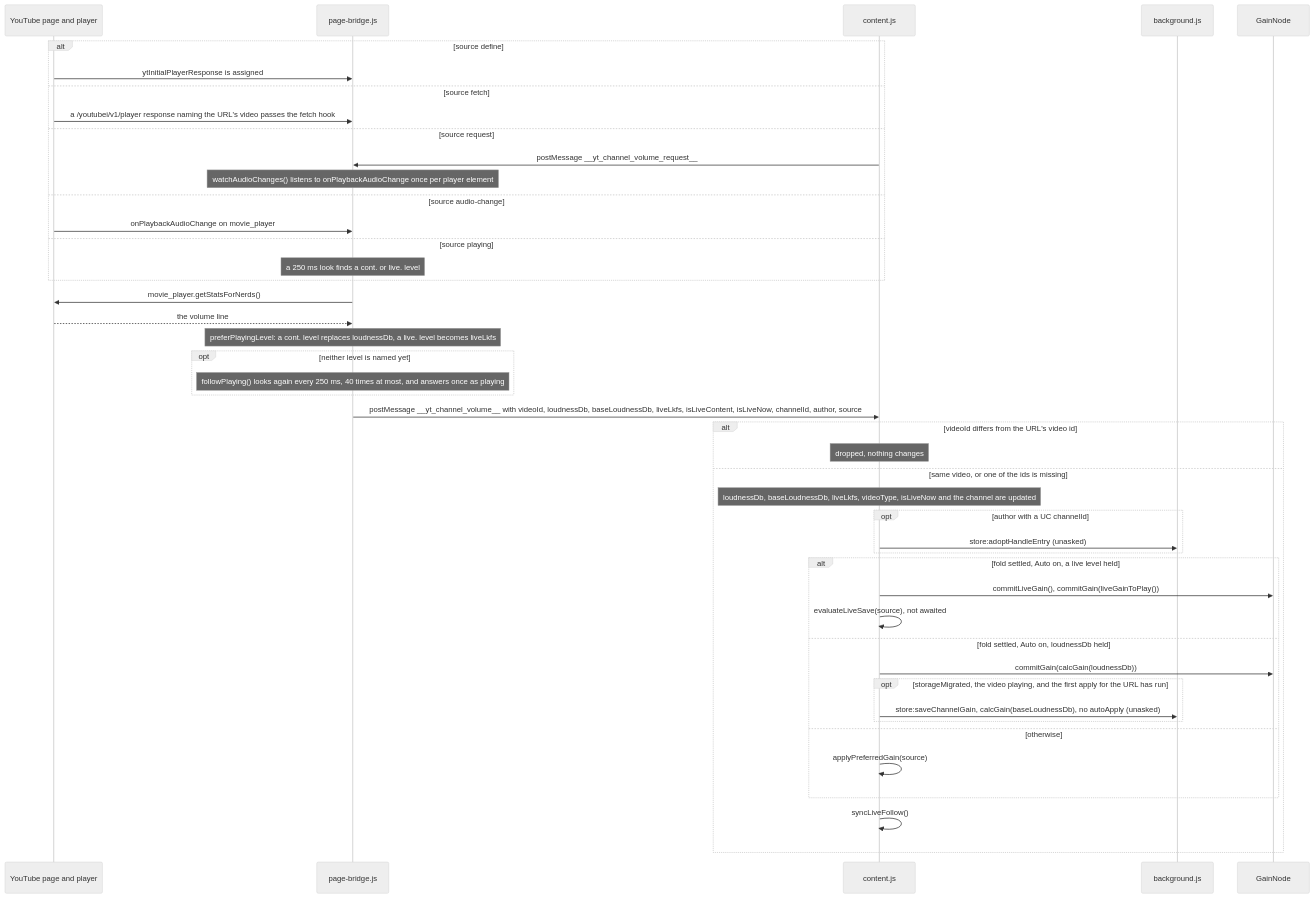
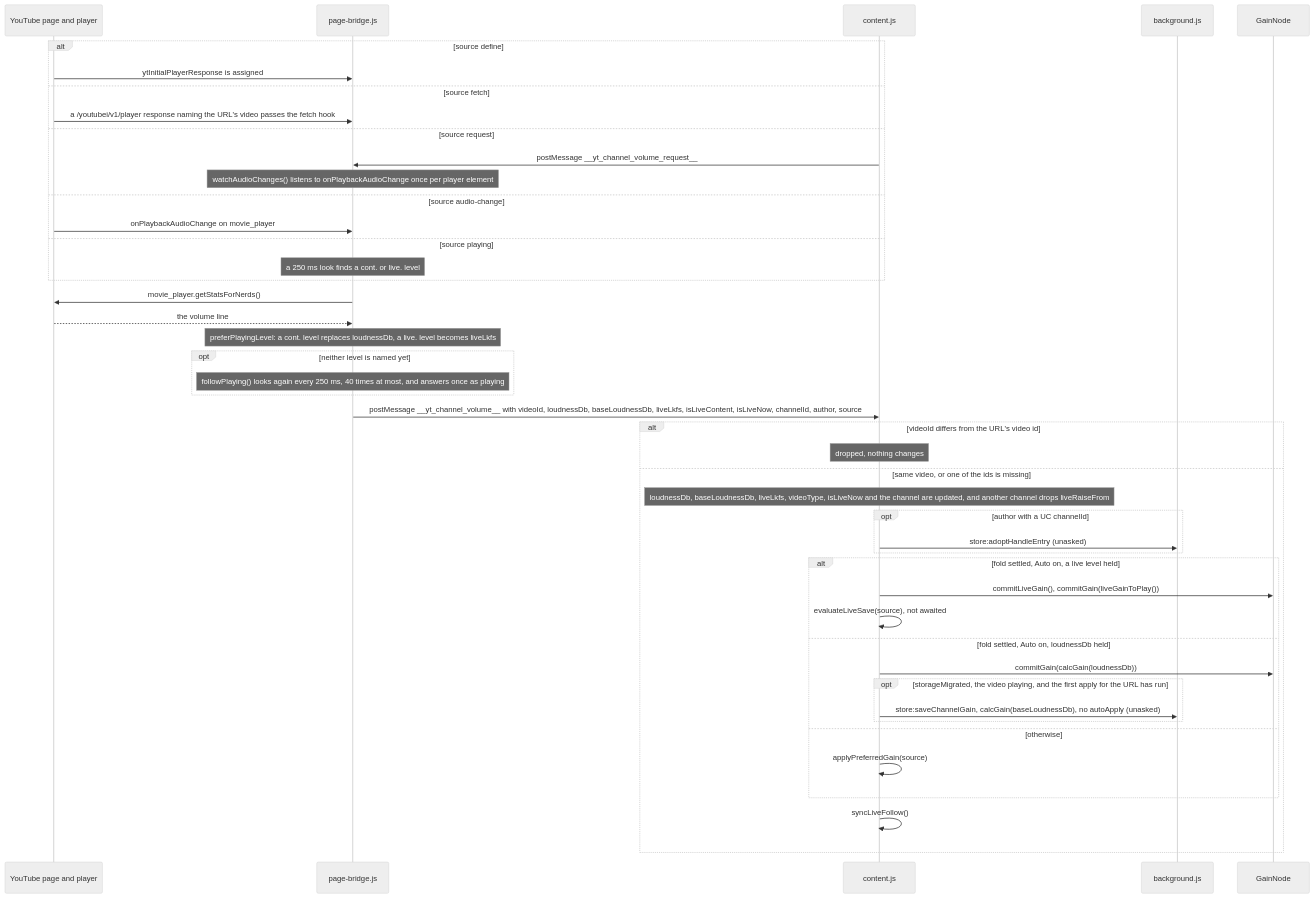
The eighth of 14 diagrams in docs/gain-change-and-save.md (semnil/yt-channel-volume), drawn with Mermaid (neutral theme) before and after one commit. The commit also changed other lines of this file and 5 other files, not shown here.

````diff
--- a/docs/gain-change-and-save.md
+++ b/docs/gain-change-and-save.md
@@ -386,47 +386,47 @@
 ```mermaid
 sequenceDiagram
   participant Y as YouTube page and player
   participant B as page-bridge.js
   participant C as content.js
   participant W as background.js
   participant G as GainNode
   alt source define
     Y->>B: ytInitialPlayerResponse is assigned
   else source fetch
     Y->>B: a /youtubei/v1/player response naming the URL's video passes the fetch hook
   else source request
     C->>B: postMessage __yt_channel_volume_request__
     Note over B: watchAudioChanges() listens to onPlaybackAudioChange once per player element
   else source audio-change
     Y->>B: onPlaybackAudioChange on movie_player
   else source playing
     Note over B: a 250 ms look finds a cont. or live. level
   end
   B->>Y: movie_player.getStatsForNerds()
   Y-->>B: the volume line
   Note over B: preferPlayingLevel: a cont. level replaces loudnessDb, a live. level becomes liveLkfs
   opt neither level is named yet
     Note over B: followPlaying() looks again every 250 ms, 40 times at most, and answers once as playing
   end
   B->>C: postMessage __yt_channel_volume__ with videoId, loudnessDb, baseLoudnessDb, liveLkfs, isLiveContent, isLiveNow, channelId, author, source
   alt videoId differs from the URL's video id
     Note over C: dropped, nothing changes
   else same video, or one of the ids is missing
-    Note over C: loudnessDb, baseLoudnessDb, liveLkfs, videoType, isLiveNow and the channel are updated
+    Note over C: loudnessDb, baseLoudnessDb, liveLkfs, videoType, isLiveNow and the channel are updated, and another channel drops liveRaiseFrom
     opt author with a UC channelId
       C->>W: store:adoptHandleEntry (unasked)
     end
     alt fold settled, Auto on, a live level held
       C->>G: commitLiveGain(), commitGain(liveGainToPlay())
       C->>C: evaluateLiveSave(source), not awaited
     else fold settled, Auto on, loudnessDb held
       C->>G: commitGain(calcGain(loudnessDb))
       opt storageMigrated, the video playing, and the first apply for the URL has run
         C->>W: store:saveChannelGain, calcGain(baseLoudnessDb), no autoApply (unasked)
       end
     else otherwise
       C->>C: applyPreferredGain(source)
     end
     C->>C: syncLiveFollow()
   end
 ```
````
